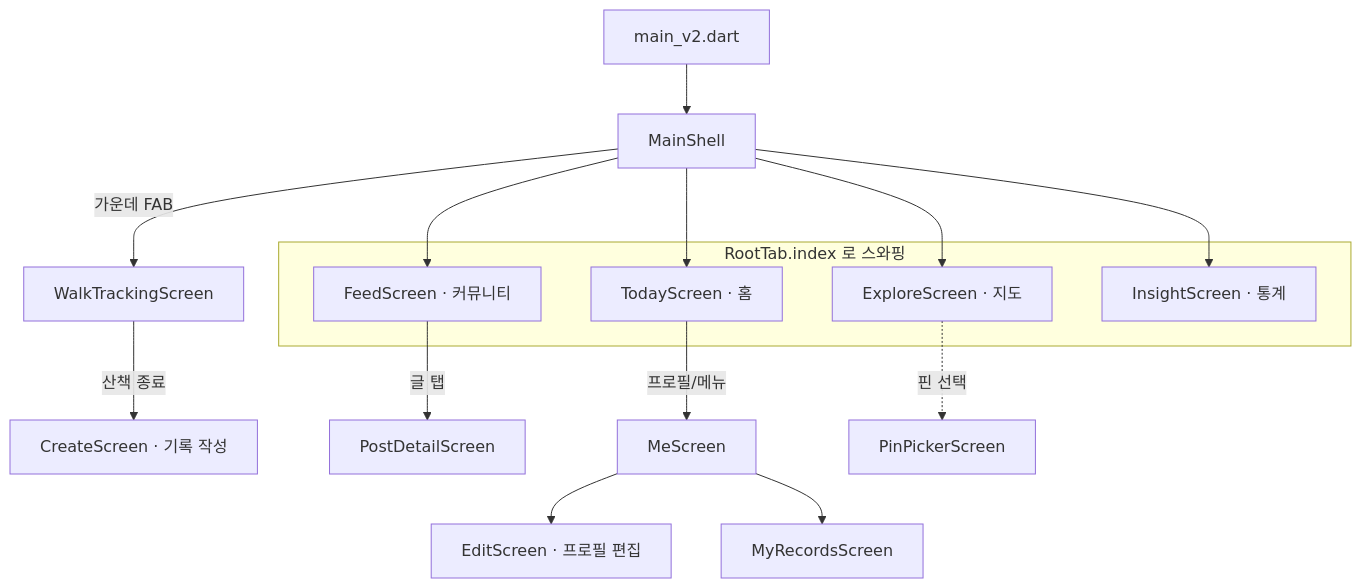
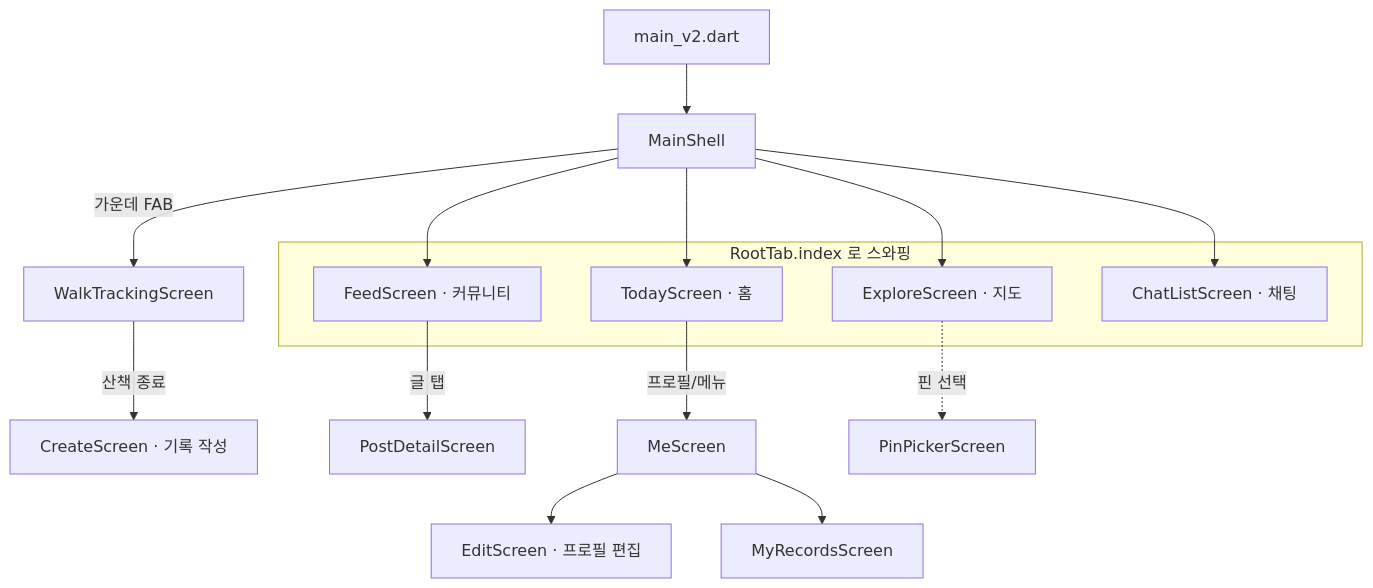
Before and after one commit to sanghyunbang/pawloop: the first of 2 diagrams in docs/02-architecture/frontend-structure.md, drawn with Mermaid. The commit also changed other lines of this file and 16 other files, not shown here.

````diff
--- a/docs/02-architecture/frontend-structure.md
+++ b/docs/02-architecture/frontend-structure.md
@@ -134,20 +134,20 @@
 ```mermaid
 flowchart TD
   Main[main_v2.dart] --> Shell[MainShell]
 
   subgraph Tabs[RootTab.index 로 스와핑]
     T0[TodayScreen · 홈]
     T1[ExploreScreen · 지도]
     T2[FeedScreen · 커뮤니티]
-    T3[InsightScreen · 통계]
+    T3[ChatListScreen · 채팅]
   end
   Shell --> T0 & T1 & T2 & T3
 
   Shell -->|가운데 FAB| WT[WalkTrackingScreen]
   WT -->|산책 종료| CR[CreateScreen · 기록 작성]
   T2 -->|글 탭| PD[PostDetailScreen]
   T0 -->|프로필/메뉴| ME[MeScreen]
   ME --> ED[EditScreen · 프로필 편집]
   ME --> MR[MyRecordsScreen]
   T1 -.->|핀 선택| PP[PinPickerScreen]
 ```
````
